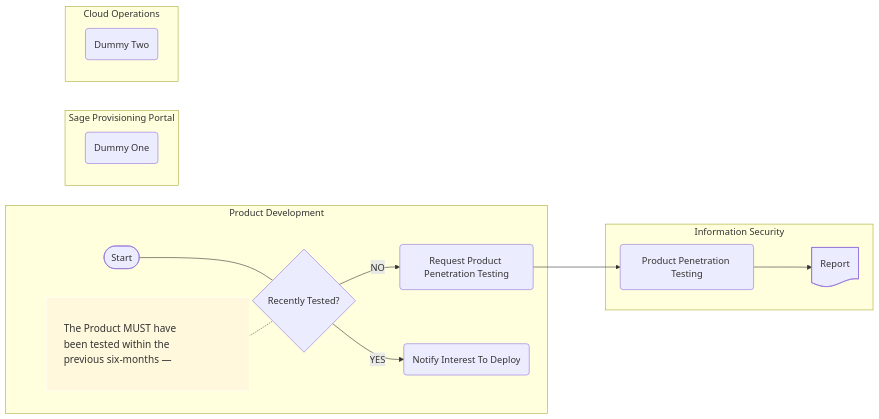
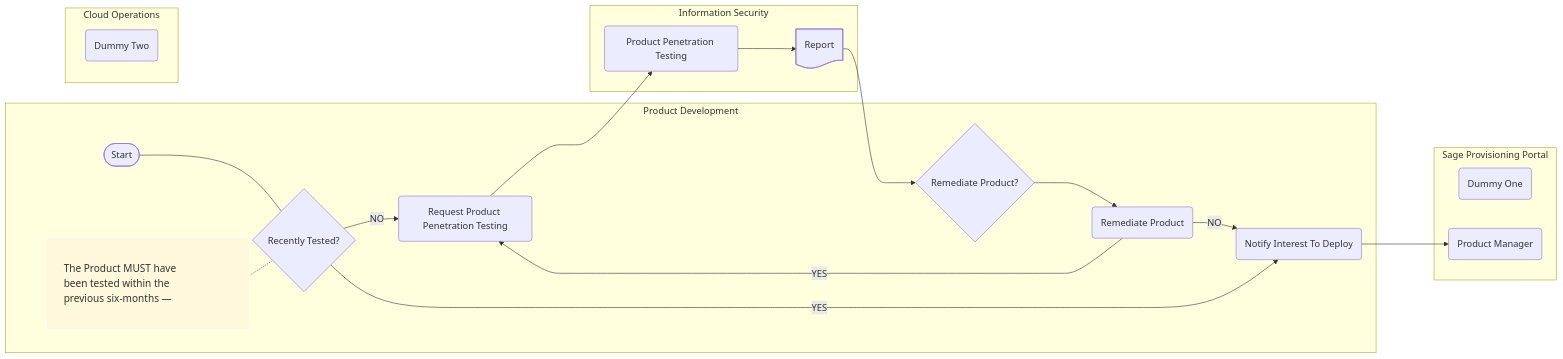
The diagram in 2025_Sage/step-1-feasibility.md (joe-dorward/samples), drawn with Mermaid before and after one commit. The commit also changed other lines of this file, not shown here.

````diff
--- a/2025_Sage/step-1-feasibility.md
+++ b/2025_Sage/step-1-feasibility.md
@@ -2,56 +2,63 @@
 ```mermaid
 flowchart LR
 
 
 classDef Note fill:cornsilk, stroke:white, text-align:left, font-size:13pt, width:350px, margin:-5px, padding:150px;
 %% ---------- ---------- ---------- ---------- ---------- ---------- ---------- ---------- ---------- ----------
 subgraph Product Development
   START@{shape: stadium, label: "Start"}
 
   RECENTLY_TESTED_NOTE[The Product MUST have been tested within the previous six-months #151;]
   RECENTLY_TESTED{Recently Tested?}
 
 
     %%GOBEKLI_TEPE[Göbekli Tepe]
     %%GOBEKLI_TEPE_NOTE[#151; early 'town' in south-eastern Anatolia, founded ~ 9,500 BCE.]
     %%click GOBEKLI_TEPE "https://en.wikipedia.org/wiki/Göbekli_Tepe" _blank
 
 
   REQUEST_PRODUCT_PENETRATION_TESTING(Request Product Penetration Testing)
+  REMEDIATE_PRODUCT(Remediate Product)
+  RECENTLY_TESTED_QUESTION{Remediate Product?}
+
+
   NOTIFY_INTEREST_TO_DEPLOY(Notify Interest To Deploy)
 
 end
 
 
 subgraph Sage Provisioning Portal
   DUMMY_ONE(Dummy One)
 
+  SPP_PRODUCT_MANAGER(Product Manager)
 end
 
 subgraph Cloud Operations
   DUMMY_TWO(Dummy Two)
 
 end
 
 subgraph Information Security
   PRODUCT_PENETRATION_TESTING(Product Penetration Testing)
   PRODUCT_PENETRATION_TESTING_REPORT@{ shape: doc, label: "Report" }
 
 end
   %% ---------- ---------- ---------- ---------- ----------
   %% CONNECTIONS & CLASSES
   %% ---------- ---------- ---------- ---------- ----------
   START---RECENTLY_TESTED
   RECENTLY_TESTED-- NO -->REQUEST_PRODUCT_PENETRATION_TESTING
   RECENTLY_TESTED-- YES -->NOTIFY_INTEREST_TO_DEPLOY
 
 
   RECENTLY_TESTED_NOTE-.-RECENTLY_TESTED
 
-  REQUEST_PRODUCT_PENETRATION_TESTING--->PRODUCT_PENETRATION_TESTING--->PRODUCT_PENETRATION_TESTING_REPORT
+  REQUEST_PRODUCT_PENETRATION_TESTING--->PRODUCT_PENETRATION_TESTING--->PRODUCT_PENETRATION_TESTING_REPORT--->RECENTLY_TESTED_QUESTION--->REMEDIATE_PRODUCT
+  REMEDIATE_PRODUCT-- YES -->REQUEST_PRODUCT_PENETRATION_TESTING
+  REMEDIATE_PRODUCT-- NO -->NOTIFY_INTEREST_TO_DEPLOY--->SPP_PRODUCT_MANAGER
 
 class RECENTLY_TESTED_NOTE Note
 %%YEAR_DOT-.-9500-.-GOBEKLI_TEPE~~~GOBEKLI_TEPE_NOTE
 
 
 ```
````
